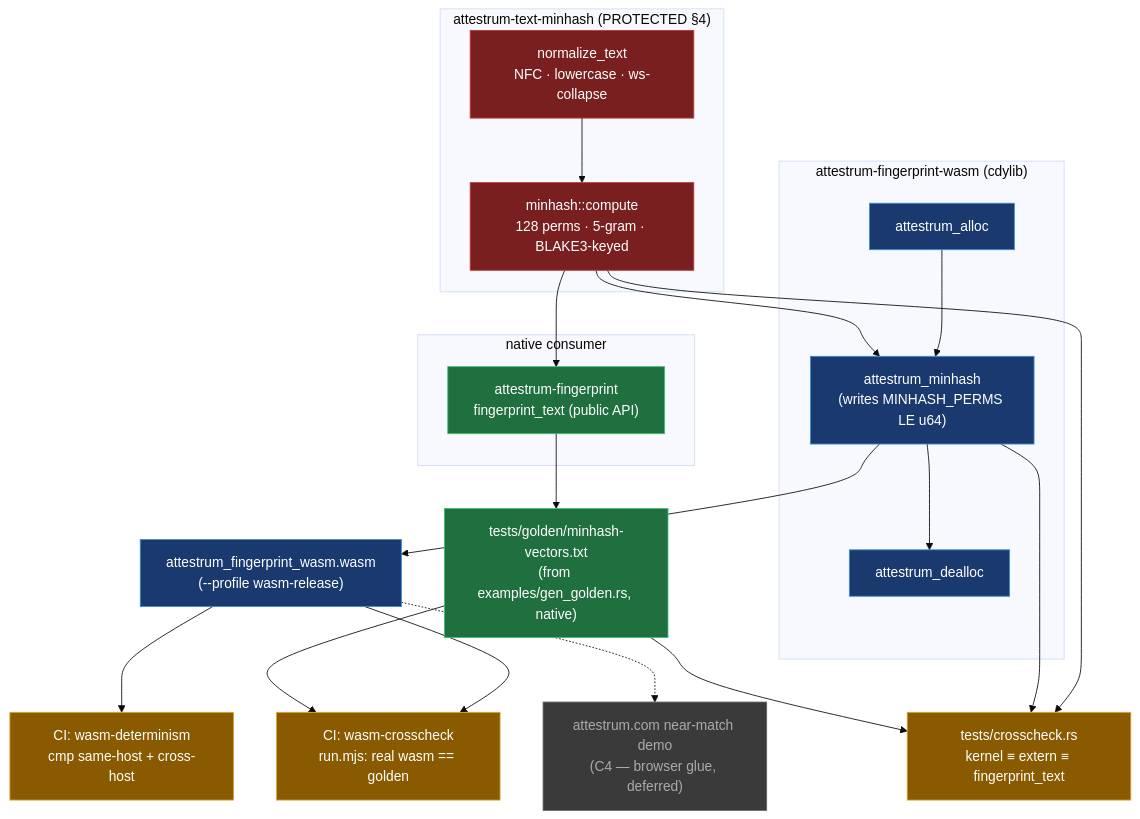
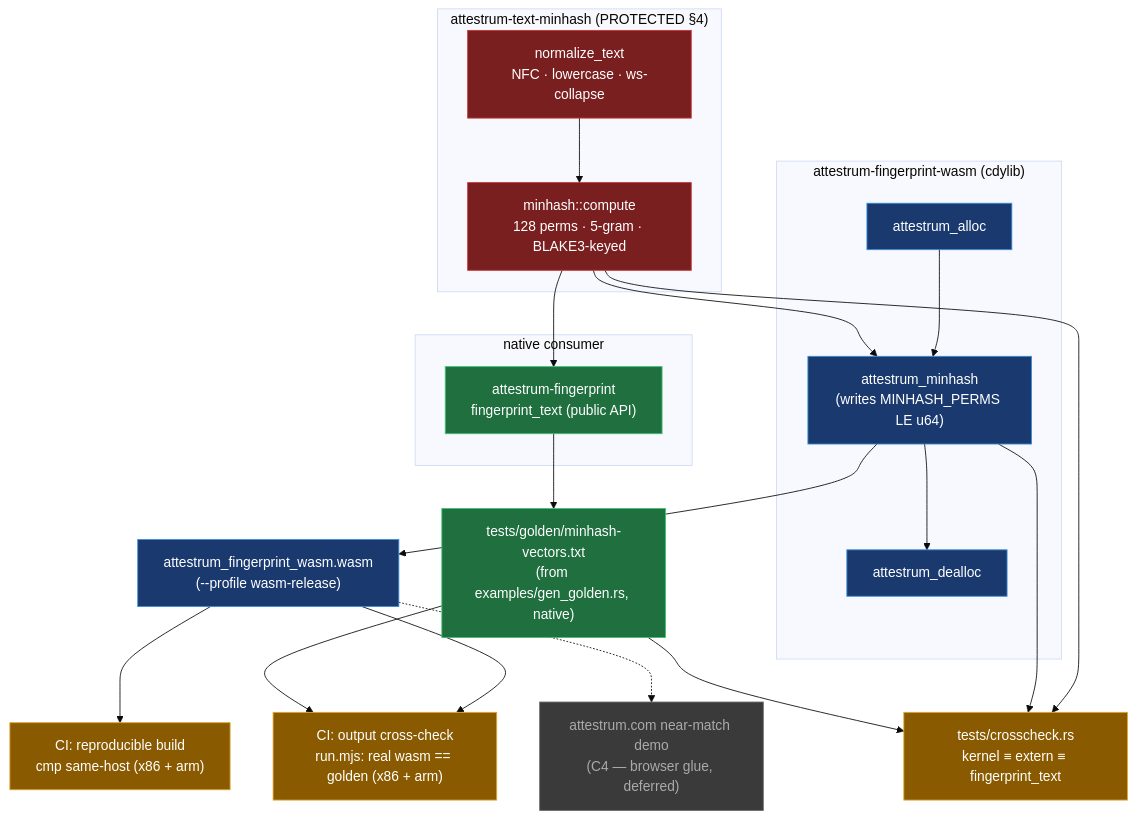
One commit to Attestrum/Attestrum changed the diagram in docs/diagrams/sprint-5/wasm-fingerprint-kernel.md. Above: the diagram before and after it, drawn with Mermaid (base theme). The commit also changed other lines of this file and 2 other files, not shown here.

First line of the commit message:
fix(ci): wasm gate verifies reproducible-build + output (both arches), not cross-arch binary identity

````diff
--- a/docs/diagrams/sprint-5/wasm-fingerprint-kernel.md
+++ b/docs/diagrams/sprint-5/wasm-fingerprint-kernel.md
@@ -41,54 +45,54 @@
 ```mermaid
 flowchart TB
   classDef protected fill:#7a1f1f,stroke:#c63737,color:#fff
   classDef native fill:#1f6f3f,stroke:#3ec072,color:#fff
   classDef wasm fill:#1a3a6f,stroke:#3a8ed7,color:#fff
   classDef gate fill:#8a5a00,stroke:#e0a52e,color:#fff
   classDef future fill:#3a3a3a,stroke:#666,color:#aaa
 
   subgraph kernel["attestrum-text-minhash (PROTECTED §4)"]
     NT["normalize_text<br/>NFC · lowercase · ws-collapse"]
     MC["minhash::compute<br/>128 perms · 5-gram · BLAKE3-keyed"]
     NT --> MC
   end
   class NT,MC protected
 
   subgraph nativec["native consumer"]
     FT["attestrum-fingerprint<br/>fingerprint_text (public API)"]
   end
   class FT native
 
   subgraph wasmc["attestrum-fingerprint-wasm (cdylib)"]
     AL["attestrum_alloc"]
     MH["attestrum_minhash<br/>(writes MINHASH_PERMS LE u64)"]
     DA["attestrum_dealloc"]
     AL --> MH --> DA
   end
   class AL,MH,DA wasm
 
   WASMART["attestrum_fingerprint_wasm.wasm<br/>(--profile wasm-release)"]
   class WASMART wasm
 
   GOLD["tests/golden/minhash-vectors.txt<br/>(from examples/gen_golden.rs, native)"]
   class GOLD native
 
-  G1["CI: wasm-determinism<br/>cmp same-host + cross-host"]
-  G2["CI: wasm-crosscheck<br/>run.mjs: real wasm == golden"]
+  G1["CI: reproducible build<br/>cmp same-host (x86 + arm)"]
+  G2["CI: output cross-check<br/>run.mjs: real wasm == golden (x86 + arm)"]
   XT["tests/crosscheck.rs<br/>kernel ≡ extern ≡ fingerprint_text"]
   class G1,G2,XT gate
 
   BROWSER["attestrum.com near-match demo<br/>(C4 — browser glue, deferred)"]
   class BROWSER future
 
   MC --> FT
   MC --> MH
   MH --> WASMART
   FT --> GOLD
   MC --> XT
   MH --> XT
   WASMART --> G1
   WASMART --> G2
   GOLD --> G2
   GOLD --> XT
   WASMART -.-> BROWSER
 ```
````
